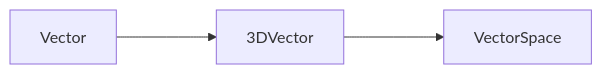
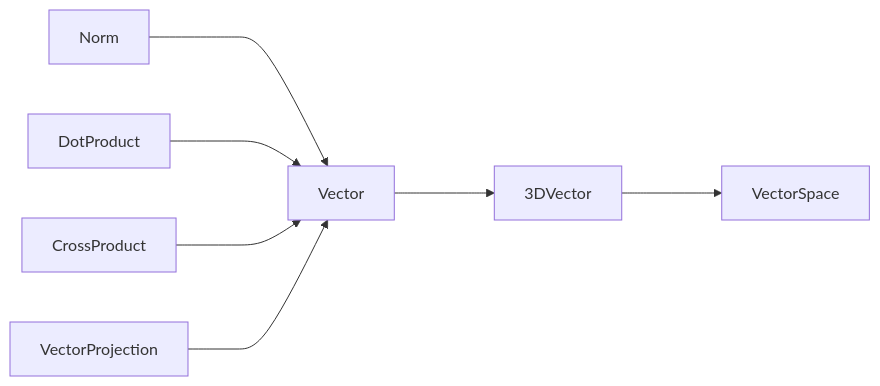
One commit to barryclark/jekyll-now changed the first of 2 diagrams in _posts/_Math/Vector.md. Above: the diagram before and after it, drawn with Mermaid. The commit also changed other lines of this file, not shown here.

````diff
--- a/_posts/_Math/Vector.md
+++ b/_posts/_Math/Vector.md
@@ -6,5 +8,10 @@
 ```mermaid
 graph LR
 
+Norm--->Vector
+DotProduct--->Vector
+CrossProduct--->Vector
+VectorProjection--->Vector
+
 Vector--->3DVector--->VectorSpace
 ```
````
